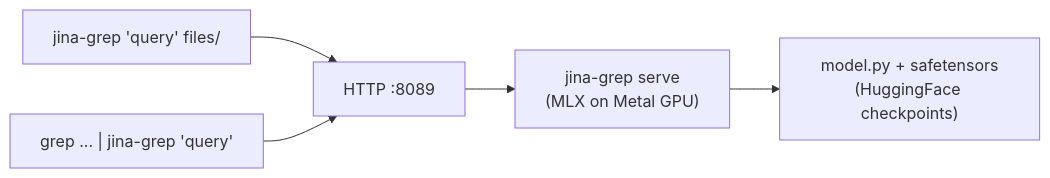
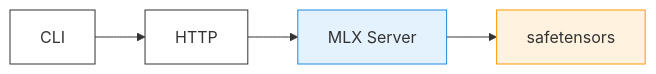
The diagram in README.md (jina-ai/jina-grep-cli), drawn with Mermaid before and after one commit. The commit also changed other lines of this file and 1 other file, not shown here.

````diff
--- a/README.md
+++ b/README.md
@@ -95,7 +7,11 @@
 ```mermaid
 graph LR
-    A["jina-grep 'query' files/"] --> C[HTTP :8089]
-    B["grep ... | jina-grep 'query'"] --> C
-    C --> D["jina-grep serve<br/>(MLX on Metal GPU)"]
-    D --> E["model.py + safetensors<br/>(HuggingFace checkpoints)"]
+    A["CLI"] --> B["HTTP"]
+    B --> C["MLX Server"]
+    C --> D["safetensors"]
+
+    style A fill:#fff,stroke:#333
+    style B fill:#fff,stroke:#333
+    style C fill:#E3F2FD,stroke:#1E88E5
+    style D fill:#FFF3E0,stroke:#FF9800
 ```
````
